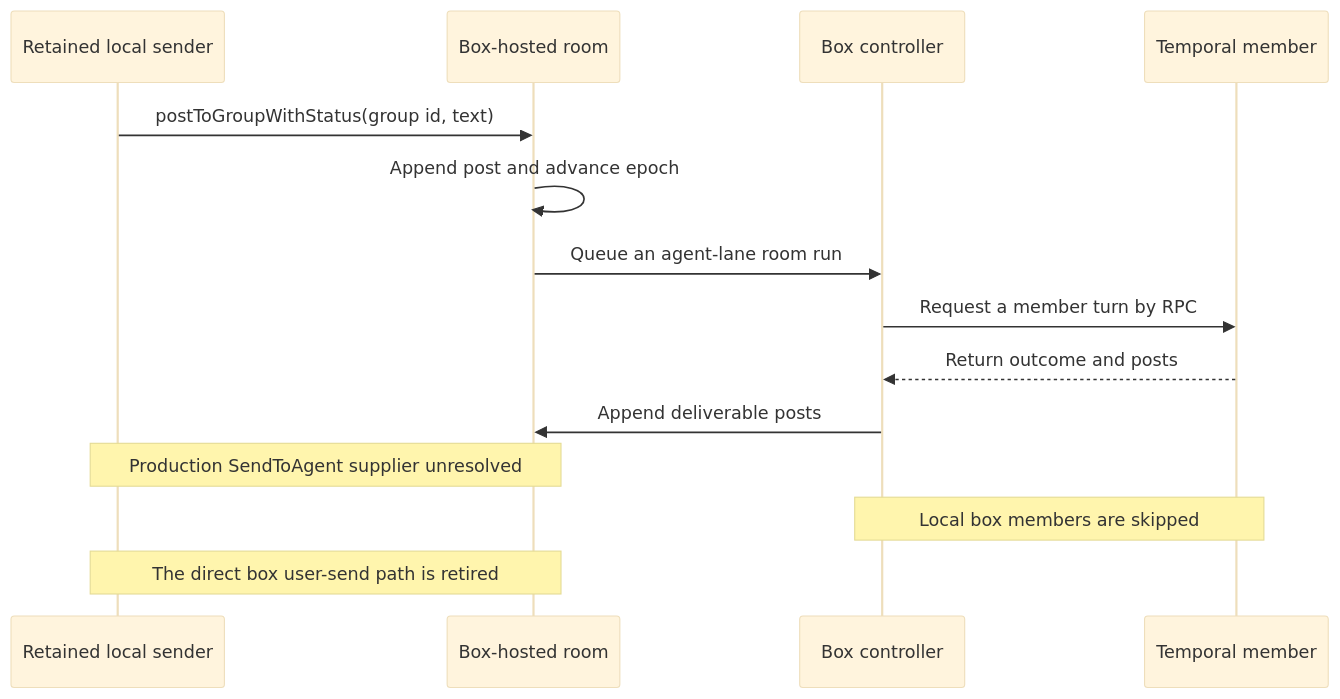
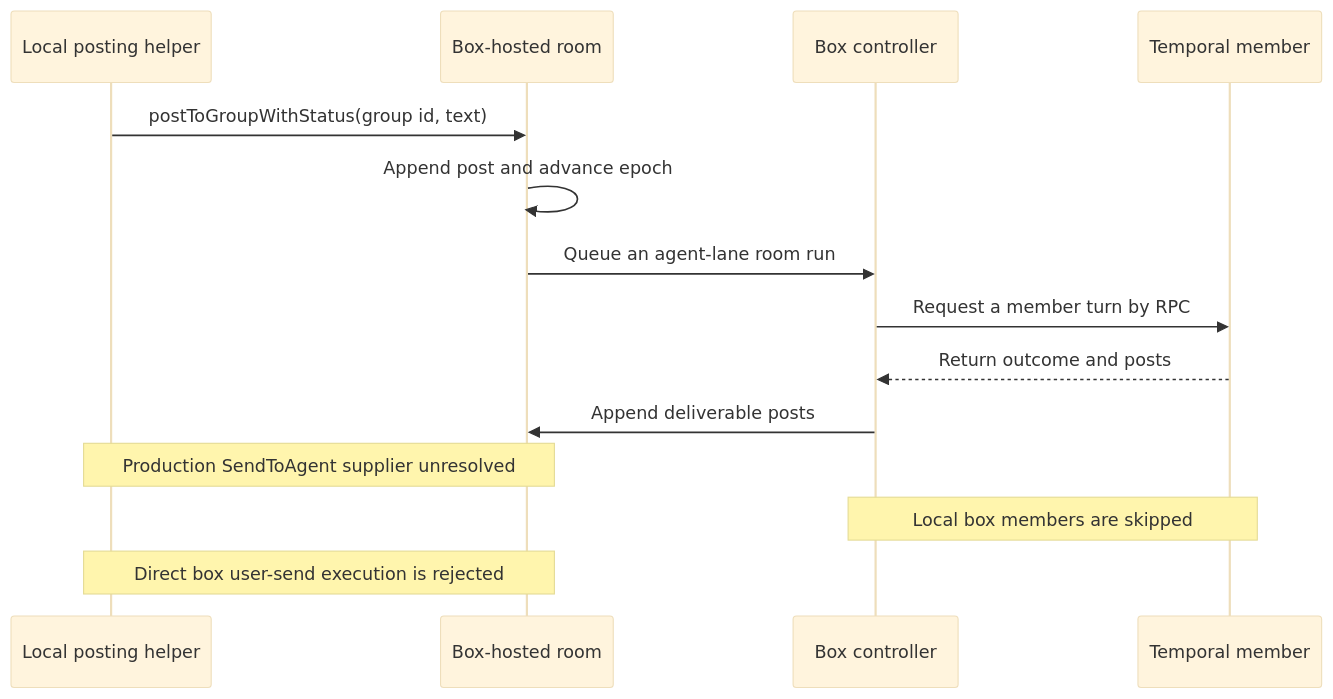
One commit to debidong/grok-bot-0.18-reconstructed changed the third of 5 diagrams in docs/agent-teams-100-questions.md. Above: the diagram before and after it, drawn with Mermaid (base theme). The commit also changed other lines of this file, not shown here.

````diff
--- a/docs/agent-teams-100-questions.md
+++ b/docs/agent-teams-100-questions.md
@@ -95,16 +91,16 @@
 ```mermaid
 sequenceDiagram
-  participant S as Retained local sender
+  participant S as Local posting helper
   participant R as Box-hosted room
   participant F as Box controller
   participant T as Temporal member
   S->>R: postToGroupWithStatus(group id, text)
   R->>R: Append post and advance epoch
   R->>F: Queue an agent-lane room run
   F->>T: Request a member turn by RPC
   T-->>F: Return outcome and posts
   F->>R: Append deliverable posts
   Note over S,R: Production SendToAgent supplier unresolved
   Note over F,T: Local box members are skipped
-  Note over S,R: The direct box user-send path is retired
+  Note over S,R: Direct box user-send execution is rejected
 ```
````
